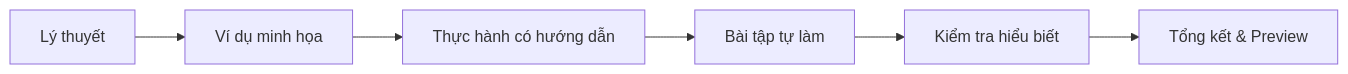
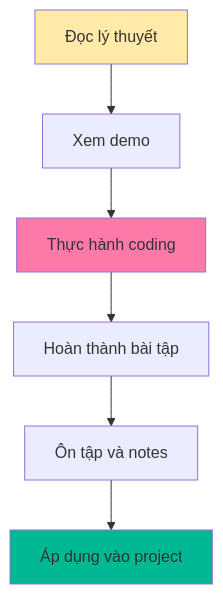
The third of 5 diagrams in src/content/soft-skills/nextjs/bai-0.mdx (khieu-dv/vievlog), drawn with Mermaid before and after one commit. The commit also changed other lines of this file and 3 other files, not shown here.

````diff
--- a/src/content/soft-skills/nextjs/bai-0.mdx
+++ b/src/content/soft-skills/nextjs/bai-0.mdx
@@ -148,8 +116,12 @@
 ```mermaid
-flowchart LR
-    A[Lý thuyết] --> B[Ví dụ minh họa]
-    B --> C[Thực hành có hướng dẫn]
-    C --> D[Bài tập tự làm]
-    D --> E[Kiểm tra hiểu biết]
-    E --> F[Tổng kết & Preview]
+flowchart TD
+    A[Đọc lý thuyết] --> B[Xem demo]
+    B --> C[Thực hành coding]
+    C --> D[Hoàn thành bài tập]
+    D --> E[Ôn tập và notes]
+    E --> F[Áp dụng vào project]
+    
+    style A fill:#ffeaa7
+    style C fill:#fd79a8
+    style F fill:#00b894
 ```
````
